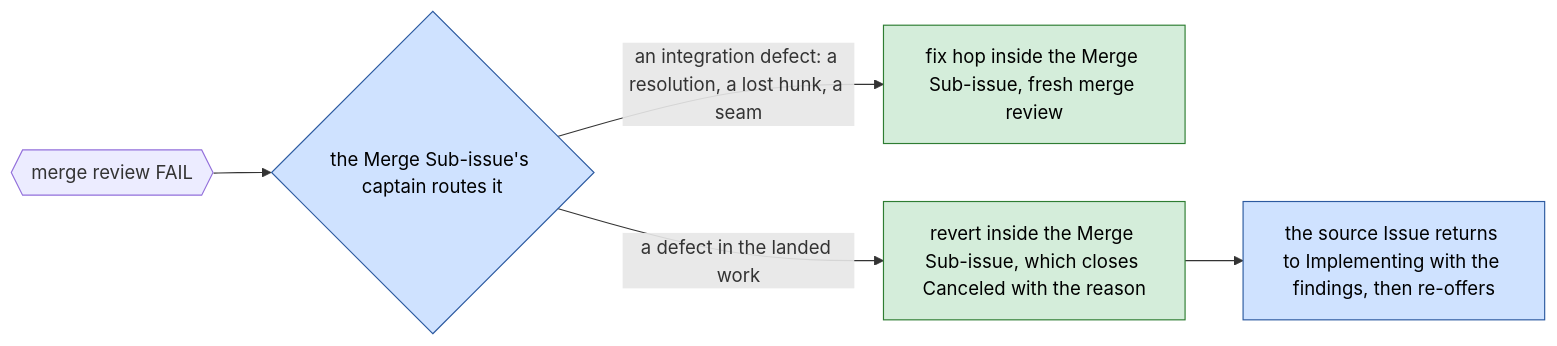
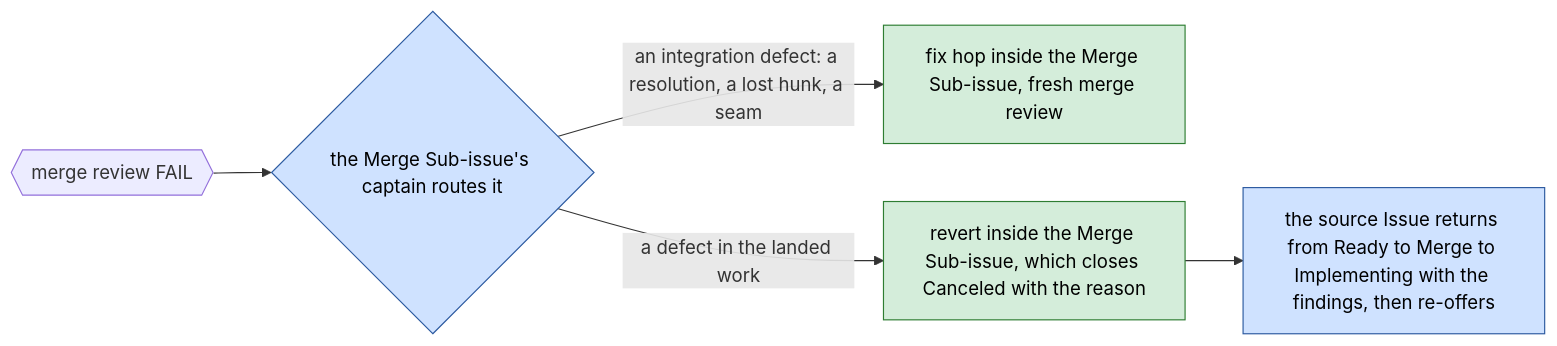
One commit to bodnarbalazs/dydo changed the eighth of 12 diagrams in dydo/understand/control-flow.md. Above: the diagram before and after it, drawn with Mermaid. The commit also changed other lines of this file and 6 other files, not shown here.

First line of the commit message:
docs: DR 047 second grill: Ready to Merge, priority, the two wake signals, two tiers; setup guide; standard and map amended

````diff
--- a/dydo/understand/control-flow.md
+++ b/dydo/understand/control-flow.md
@@ -479,9 +495,9 @@
 ```mermaid
 flowchart LR
   classDef hat fill:#cfe2ff,stroke:#2c5aa0,color:#000
   classDef worker fill:#d4edda,stroke:#2e7d32,color:#000
   RM{{merge review FAIL}} --> RT{the Merge Sub-issue's captain routes it}:::hat
   RT -->|an integration defect: a resolution, a lost hunk, a seam| FX[fix hop inside the Merge Sub-issue, fresh merge review]:::worker
   RT -->|a defect in the landed work| RV[revert inside the Merge Sub-issue, which closes Canceled with the reason]:::worker
-  RV --> SRC[the source Issue returns to Implementing with the findings, then re-offers]:::hat
+  RV --> SRC[the source Issue returns from Ready to Merge to Implementing with the findings, then re-offers]:::hat
 ```
````
